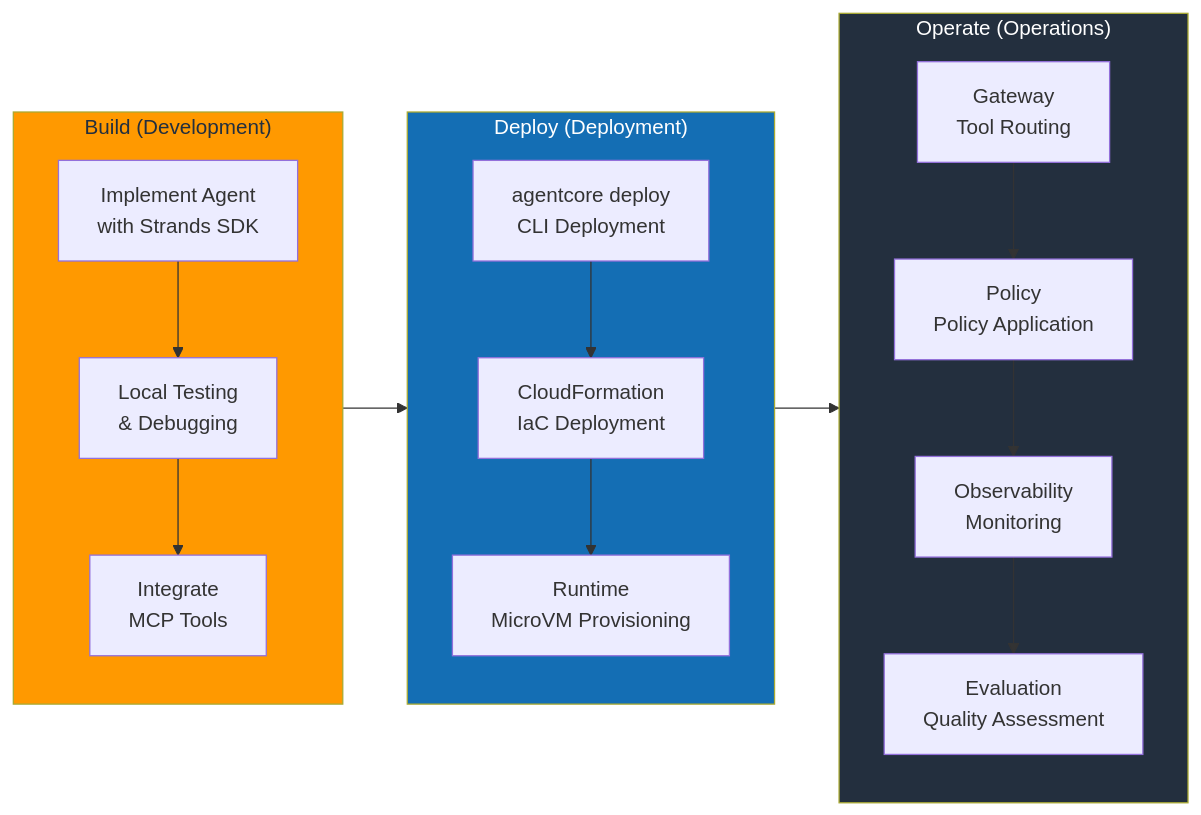
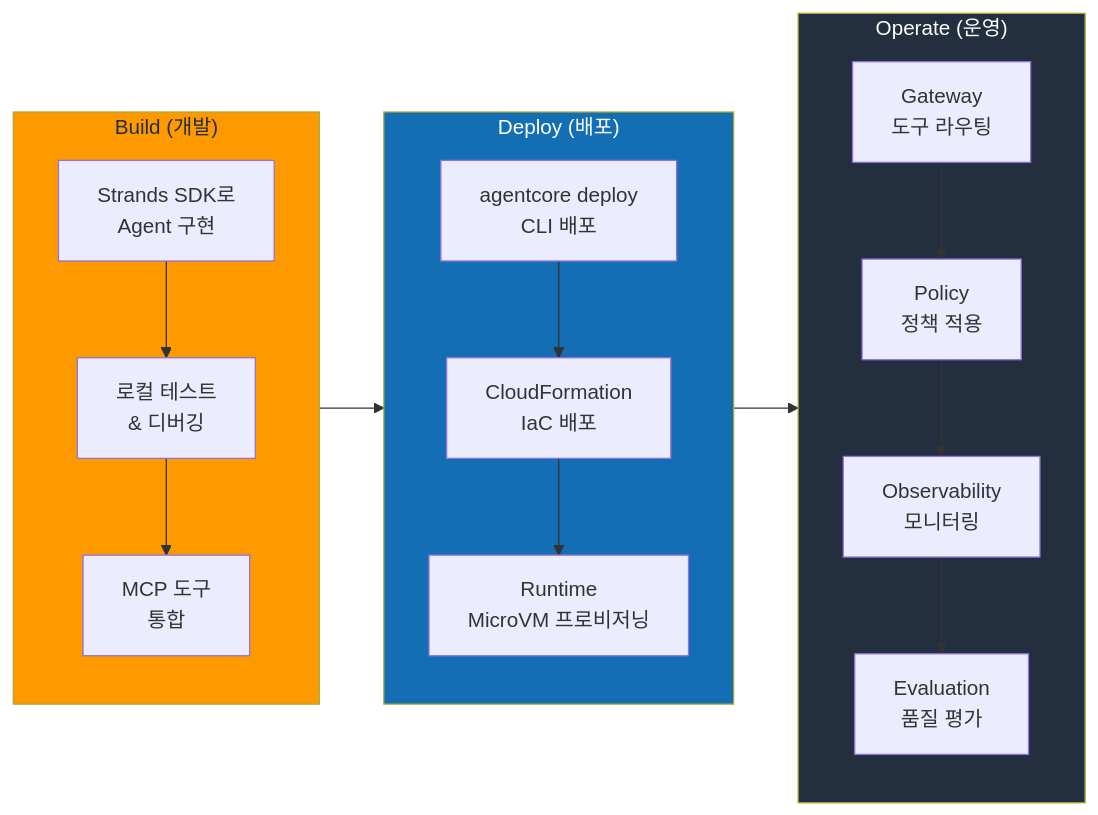
Before and after one commit to devfloor9/engineering-playbook: the second of 5 diagrams in i18n/en/docusaurus-plugin-content-docs/current/agentic-ai-platform/design-architecture/aws-native-agentic-platform.md, drawn with Mermaid. The commit also changed other lines of this file and 23 other files, not shown here.

````diff
--- a/i18n/en/docusaurus-plugin-content-docs/current/agentic-ai-platform/design-architecture/aws-native-agentic-platform.md
+++ b/i18n/en/docusaurus-plugin-content-docs/current/agentic-ai-platform/design-architecture/aws-native-agentic-platform.md
@@ -277,24 +295,24 @@
 ```mermaid
 graph LR
-    subgraph Build["Build (Development)"]
-        B1["Implement Agent<br/>with Strands SDK"] --> B2["Local Testing<br/>& Debugging"]
-        B2 --> B3["Integrate<br/>MCP Tools"]
+    subgraph Build["Build (개발)"]
+        B1["Strands SDK로<br/>Agent 구현"] --> B2["로컬 테스트<br/>& 디버깅"]
+        B2 --> B3["MCP 도구<br/>통합"]
     end
 
-    subgraph Deploy["Deploy (Deployment)"]
-        D1["agentcore deploy<br/>CLI Deployment"] --> D2["CloudFormation<br/>IaC Deployment"]
-        D2 --> D3["Runtime<br/>MicroVM Provisioning"]
+    subgraph Deploy["Deploy (배포)"]
+        D1["agentcore deploy<br/>CLI 배포"] --> D2["CloudFormation<br/>IaC 배포"]
+        D2 --> D3["Runtime<br/>MicroVM 프로비저닝"]
     end
 
-    subgraph Operate["Operate (Operations)"]
-        O1["Gateway<br/>Tool Routing"] --> O2["Policy<br/>Policy Application"]
-        O2 --> O3["Observability<br/>Monitoring"]
-        O3 --> O4["Evaluation<br/>Quality Assessment"]
+    subgraph Operate["Operate (운영)"]
+        O1["Gateway<br/>도구 라우팅"] --> O2["Policy<br/>정책 적용"]
+        O2 --> O3["Observability<br/>모니터링"]
+        O3 --> O4["Evaluation<br/>품질 평가"]
     end
 
     Build --> Deploy --> Operate
 
     style Build fill:#FF9900,color:#232F3E
     style Deploy fill:#146EB4,color:#fff
     style Operate fill:#232F3E,color:#fff
 ```
````
